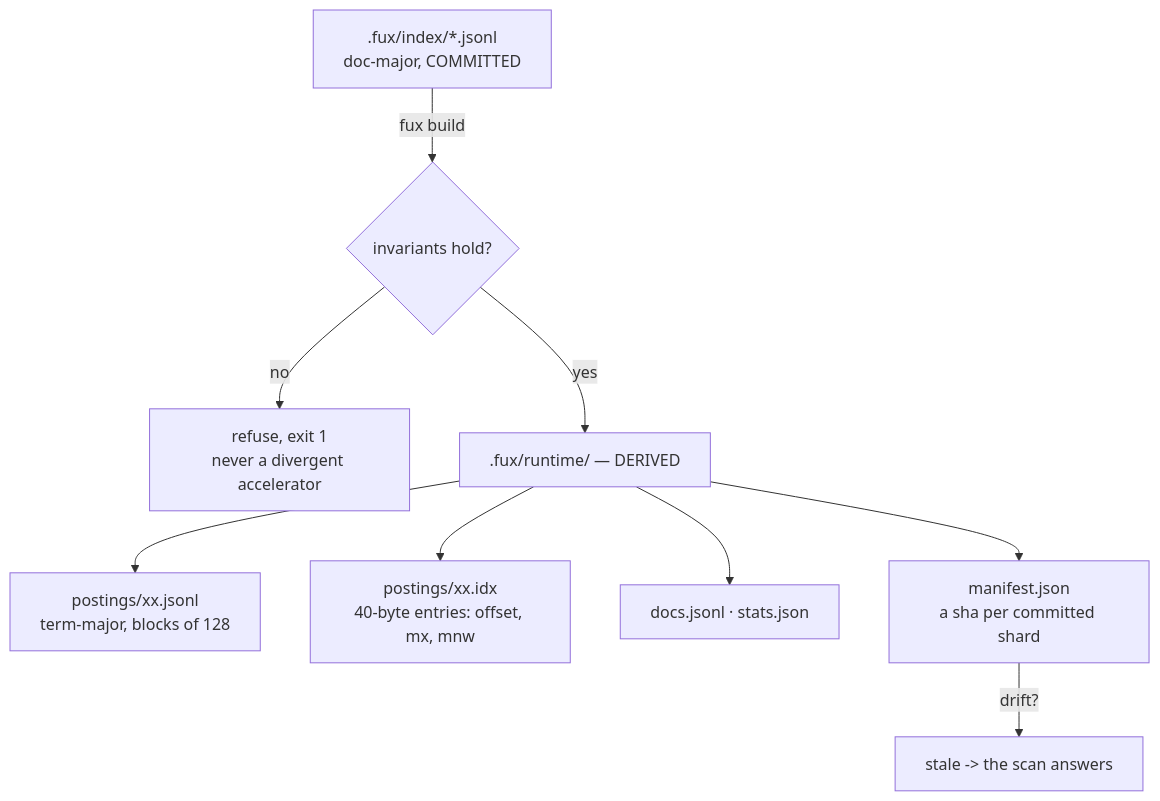
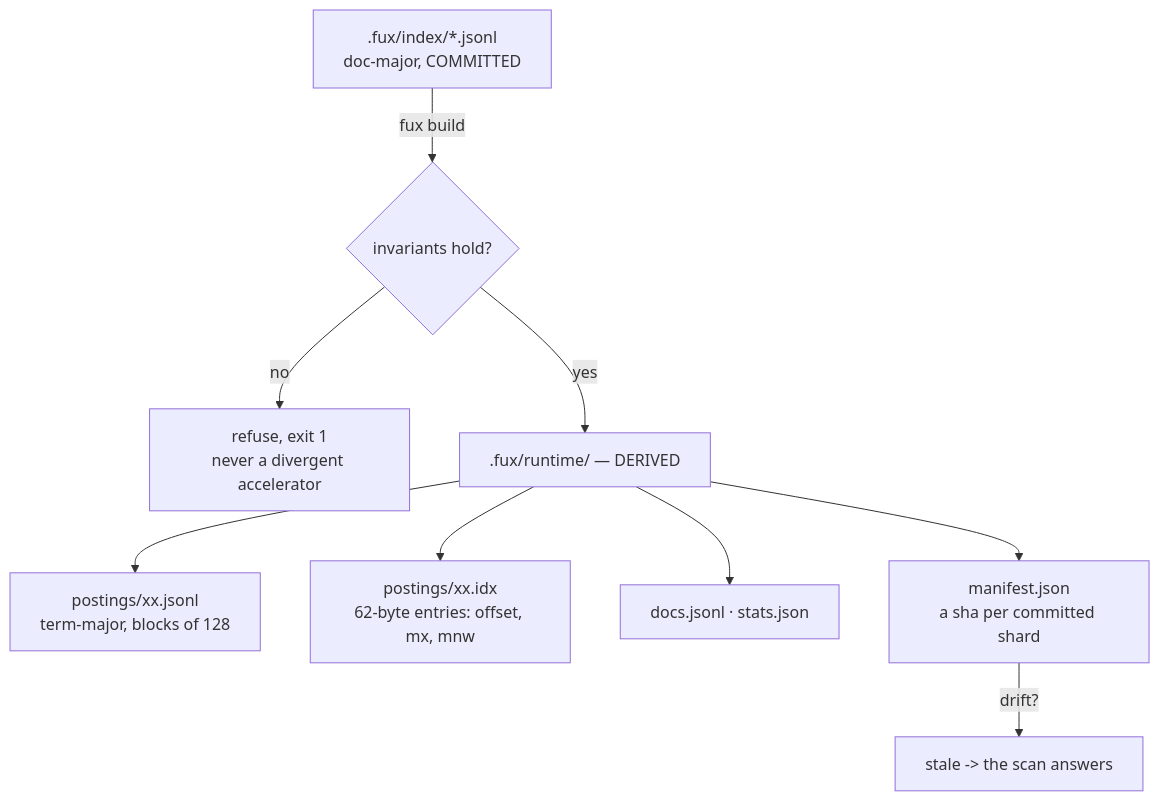
Before and after one commit to arpitarya/fux: the first of 2 diagrams in docs/adr/0011_accelerator.md, drawn with Mermaid. The commit also changed other lines of this file and 60 other files, not shown here.

````diff
--- a/docs/adr/0011_accelerator.md
+++ b/docs/adr/0011_accelerator.md
@@ -47,11 +47,11 @@
 ```mermaid
 flowchart TD
     C[".fux/index/*.jsonl<br/>doc-major, COMMITTED"] -->|"fux build"| INV{"invariants hold?"}
     INV -->|no| ERR["refuse, exit 1<br/>never a divergent accelerator"]
     INV -->|yes| R[".fux/runtime/ — DERIVED"]
     R --> P["postings/xx.jsonl<br/>term-major, blocks of 128"]
-    R --> I["postings/xx.idx<br/>40-byte entries: offset, mx, mnw"]
+    R --> I["postings/xx.idx<br/>62-byte entries: offset, mx, mnw"]
     R --> D["docs.jsonl · stats.json"]
     R --> M["manifest.json<br/>a sha per committed shard"]
     M -->|"drift?"| S["stale -> the scan answers"]
 ```
````
